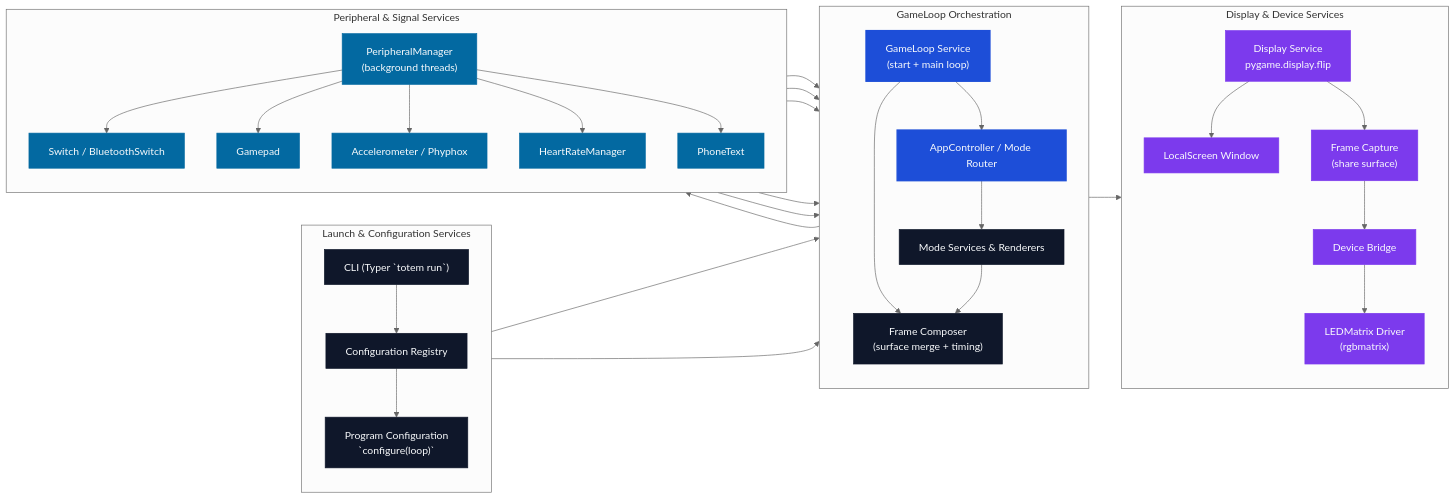
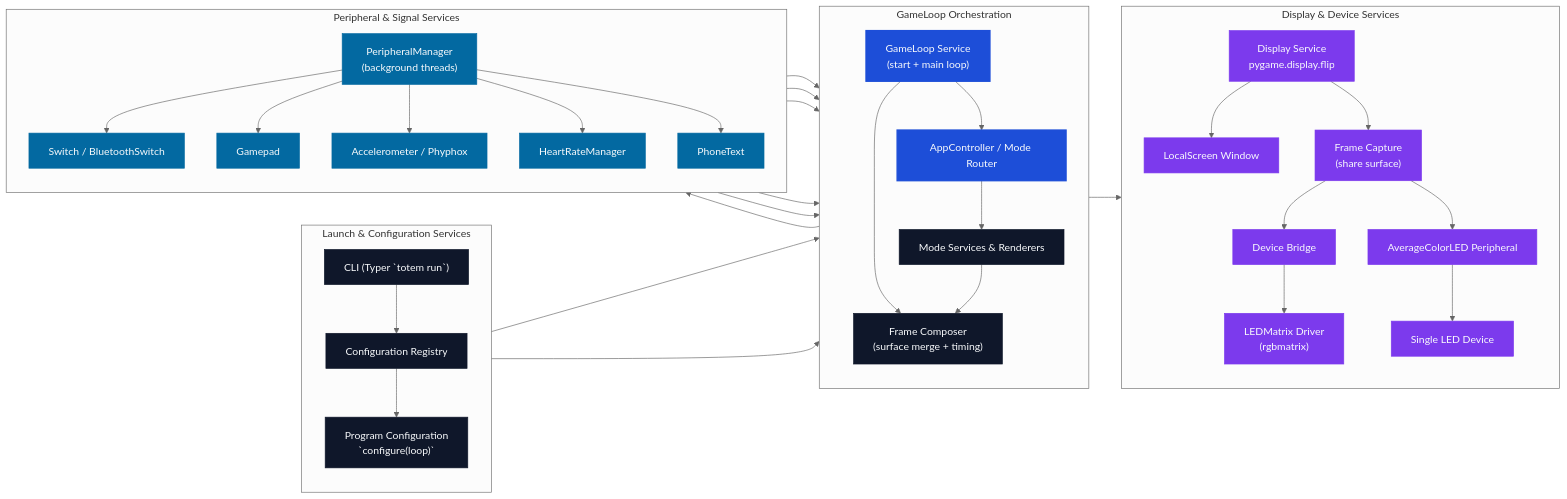
The diagram in docs/code_flow.md (Organization5762/heart), drawn with Mermaid (neutral theme) before and after one commit. The commit also changed 9 other files, not shown here.

Commit message:
Add average color LED mirror for matrix output

````diff
--- a/docs/code_flow.md
+++ b/docs/code_flow.md
@@ -19,62 +19,65 @@
 ```mermaid
 flowchart LR
     %% Visual classes for different service categories
     classDef orchestrator fill:#1d4ed8,stroke:#1d4ed8,color:#f8fafc,stroke-width:2px;
     classDef service fill:#0f172a,stroke:#0f172a,color:#f8fafc;
     classDef input fill:#0369a1,stroke:#0369a1,color:#f8fafc;
     classDef output fill:#7c3aed,stroke:#7c3aed,color:#f8fafc;
 
     subgraph Launch["Launch & Configuration Services"]
         direction TB
         CLI["CLI (Typer `totem run`)"]
         Registry["Configuration Registry"]
         Configurer["Program Configuration\n`configure(loop)`"]
     end
 
     subgraph Runtime["GameLoop Orchestration"]
         direction TB
         Loop["GameLoop Service\n(start + main loop)"]
         AppRouter["AppController / Mode Router"]
         ModeServices["Mode Services & Renderers"]
         FrameComposer["Frame Composer\n(surface merge + timing)"]
     end
 
     subgraph Inputs["Peripheral & Signal Services"]
         direction TB
         PeripheralMgr["PeripheralManager\n(background threads)"]
         Switch["Switch / BluetoothSwitch"]
         Gamepad["Gamepad"]
         Sensors["Accelerometer / Phyphox"]
         HeartRate["HeartRateManager"]
         PhoneText["PhoneText"]
     end
 
     subgraph Outputs["Display & Device Services"]
         direction TB
         DisplaySvc["Display Service\npygame.display.flip"]
         LocalScreen["LocalScreen Window"]
         Capture["Frame Capture\n(share surface)"]
         DeviceBridge["Device Bridge"]
         LedMatrix["LEDMatrix Driver\n(rgbmatrix)"]
+        AverageMirror["AverageColorLED Peripheral"]
+        SingleLED["Single LED Device"]
     end
 
     CLI --> Registry --> Configurer --> Loop
     Configurer --> AppRouter
     Loop --> AppRouter
     Loop --> FrameComposer
     AppRouter --> ModeServices --> FrameComposer --> DisplaySvc
     DisplaySvc --> LocalScreen
     DisplaySvc --> Capture --> DeviceBridge --> LedMatrix
+    Capture --> AverageMirror --> SingleLED
 
     Loop --> PeripheralMgr
     PeripheralMgr --> Switch --> AppRouter
     PeripheralMgr --> Gamepad --> AppRouter
     PeripheralMgr --> Sensors --> AppRouter
     PeripheralMgr --> HeartRate --> AppRouter
     PeripheralMgr --> PhoneText --> AppRouter
 
     class CLI,Registry,Configurer,ModeServices,FrameComposer service;
     class Loop,AppRouter orchestrator;
     class PeripheralMgr,Switch,Gamepad,Sensors,HeartRate,PhoneText input;
-    class DisplaySvc,LocalScreen,Capture,DeviceBridge,LedMatrix output;
+    class DisplaySvc,LocalScreen,Capture,DeviceBridge,LedMatrix,AverageMirror,SingleLED output;
 ```
````
